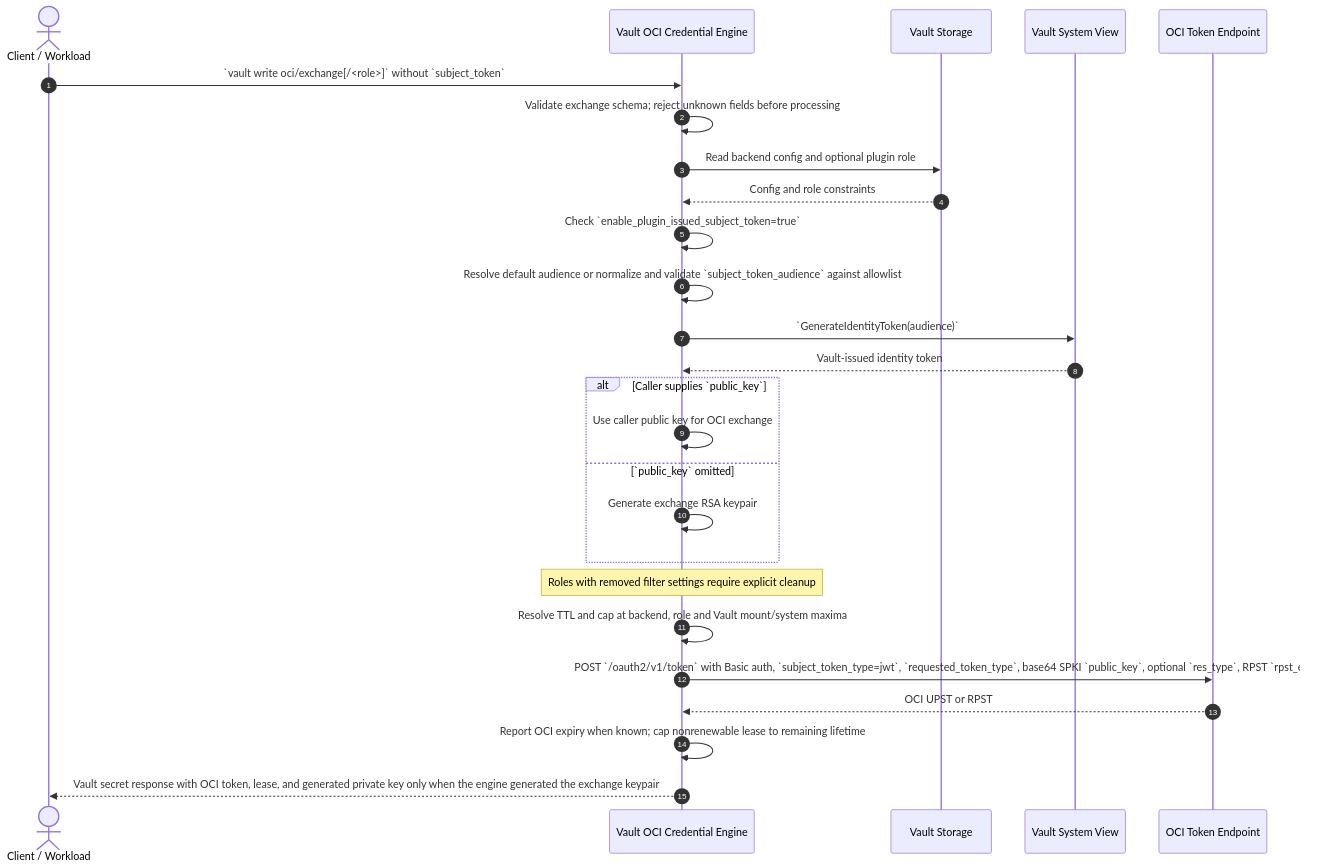
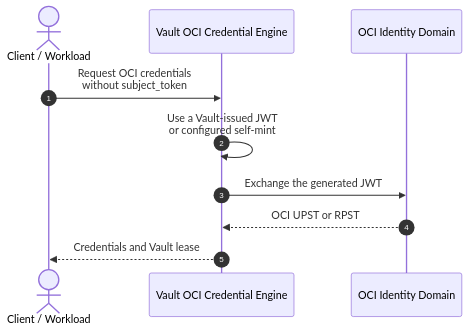
The third of 3 diagrams in README.md (gtrevorrow/Hashicorp-OCI-credential-engine), drawn with Mermaid before and after one commit. The commit also changed other lines of this file and 4 other files, not shown here.

Commit message:
docs(diagrams): present client exchange modes

````diff
--- a/README.md
+++ b/README.md
@@ -132,29 +64,13 @@
 ```mermaid
 sequenceDiagram
     autonumber
     actor C as Client / Workload
     participant V as Vault OCI Credential Engine
-    participant S as Vault Storage
-    participant SV as Vault System View
-    participant O as OCI Token Endpoint
+    participant O as OCI Identity Domain
 
-    C->>V: `vault write oci/exchange[/<role>]` without `subject_token`
-    V->>V: Validate exchange schema#59; reject unknown fields before processing
-    V->>S: Read backend config and optional plugin role
-    S-->>V: Config and role constraints
-    V->>V: Check `enable_plugin_issued_subject_token=true`
-    V->>V: Resolve default audience or normalize and validate `subject_token_audience` against allowlist
-    V->>SV: `GenerateIdentityToken(audience)`
-    SV-->>V: Vault-issued identity token
-    alt Caller supplies `public_key`
-        V->>V: Use caller public key for OCI exchange
-    else `public_key` omitted
-        V->>V: Generate exchange RSA keypair
-    end
-    Note over V: Roles with removed filter settings require explicit cleanup
-    V->>V: Resolve TTL and cap at backend, role and Vault mount/system maxima
-    V->>O: POST `/oauth2/v1/token` with Basic auth, `subject_token_type=jwt`, `requested_token_type`, base64 SPKI `public_key`, optional `res_type`, RPST `rpst_exp`
+    C->>V: Request OCI credentials<br/>without subject_token
+    V->>V: Use a Vault-issued JWT<br/>or configured self-mint
+    V->>O: Exchange the generated JWT
     O-->>V: OCI UPST or RPST
-    V->>V: Report OCI expiry when known#59; cap nonrenewable lease to remaining lifetime
-    V-->>C: Vault secret response with OCI token, lease, and generated private key only when the engine generated the exchange keypair
+    V-->>C: Credentials and Vault lease
 ```
````
